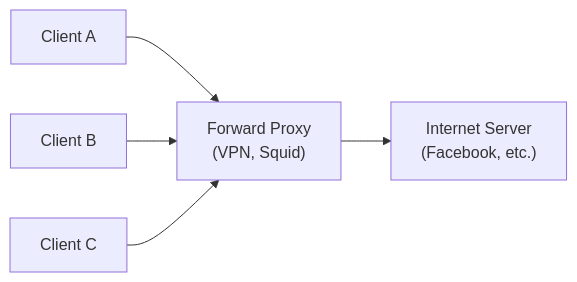
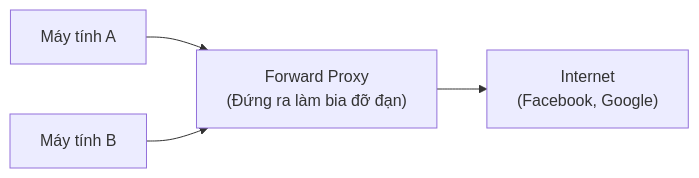
The first of 2 diagrams in src/content/vi/he-thong/overview-proxy-server.md (Mrnobody102/it-interview-prep), drawn with Mermaid before and after one commit. The commit also changed other lines of this file and 51 other files, not shown here.

````diff
--- a/src/content/vi/he-thong/overview-proxy-server.md
+++ b/src/content/vi/he-thong/overview-proxy-server.md
@@ -24,12 +26,10 @@
 ```mermaid
 flowchart LR
-    CA["Client A"]
-    CB["Client B"]
-    CC["Client C"]
-    FP["Forward Proxy<br>(VPN, Squid)"]
-    FB["Internet Server<br>(Facebook, etc.)"]
+    CA["Máy tính A"]
+    CB["Máy tính B"]
+    FP["Forward Proxy<br>(Đứng ra làm bia đỡ đạn)"]
+    FB["Internet<br>(Facebook, Google)"]
     CA --> FP
     CB --> FP
-    CC --> FP
     FP --> FB
 ```
````
